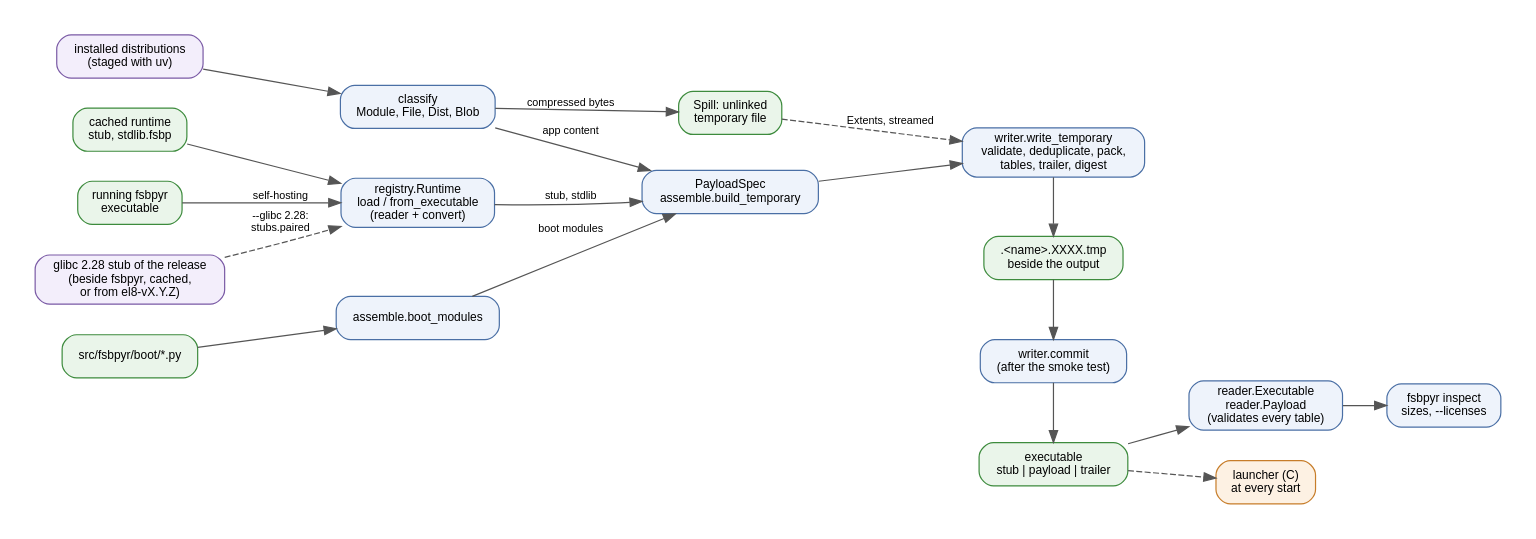
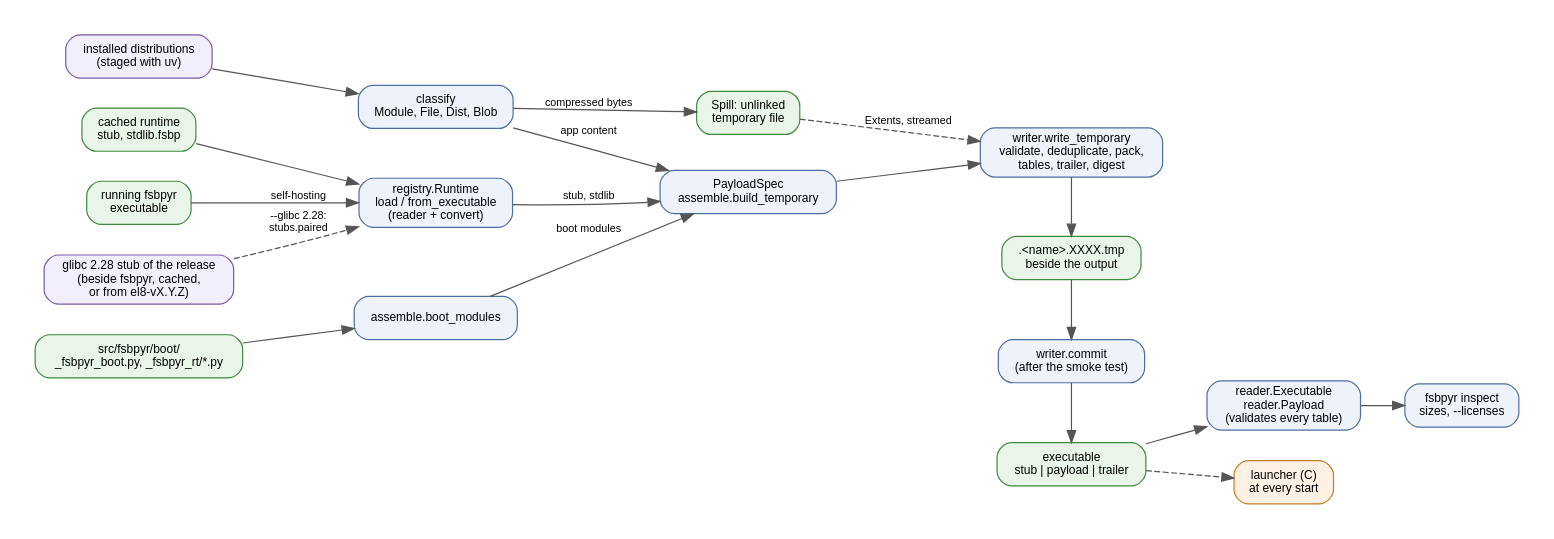
The diagram in wiki/diagrams/payload-flow.dot (devitops-com/fsbpyr), drawn with Graphviz before and after one commit. The commit also changed 40 other files, not shown here.

```diff
--- a/wiki/diagrams/payload-flow.dot
+++ b/wiki/diagrams/payload-flow.dot
@@ -1,47 +1,49 @@
+// A payload's way at fsbpyr v0.30.0: from the build's inputs through payload/spec.py,
+// spill.py and writer.py to the executable, read back by payload/reader.py and the launcher.
 digraph payload_flow {
   graph [fontname="Helvetica" fontsize=11 rankdir=LR bgcolor="white" pad=0.3 nodesep=0.35 ranksep=0.5];
   node [fontname="Helvetica" fontsize=10 shape=box style="rounded,filled" fillcolor="#eef3fb" color="#4a6fa5"];
   edge [fontname="Helvetica" fontsize=9 color="#555555"];
 
   // inputs
   wheels [label="installed distributions\n(staged with uv)" fillcolor="#f3eefb" color="#7a5aa5"];
   cached [label="cached runtime\nstub, stdlib.fsbp" fillcolor="#eaf5ea" color="#3d8b3d"];
   own [label="running fsbpyr\nexecutable" fillcolor="#eaf5ea" color="#3d8b3d"];
-  bootsrc [label="src/fsbpyr/boot/*.py" fillcolor="#eaf5ea" color="#3d8b3d"];
+  bootsrc [label="src/fsbpyr/boot/\n_fsbpyr_boot.py, _fsbpyr_rt/*.py" fillcolor="#eaf5ea" color="#3d8b3d"];
   el8stub [label="glibc 2.28 stub of the release\n(beside fsbpyr, cached,\nor from el8-vX.Y.Z)" fillcolor="#f3eefb" color="#7a5aa5"];
 
   // making the spec
   classify [label="classify\nModule, File, Dist, Blob"];
   spill [label="Spill: unlinked\ntemporary file" fillcolor="#eaf5ea" color="#3d8b3d"];
   runtime [label="registry.Runtime\nload / from_executable\n(reader + convert)"];
   boot [label="assemble.boot_modules"];
   spec [label="PayloadSpec\nassemble.build_temporary"];
 
   // writing
   writer [label="writer.write_temporary\nvalidate, deduplicate, pack,\ntables, trailer, digest"];
   tmp [label=".<name>.XXXX.tmp\nbeside the output" fillcolor="#eaf5ea" color="#3d8b3d"];
   commit [label="writer.commit\n(after the smoke test)"];
   exe [label="executable\nstub | payload | trailer" fillcolor="#eaf5ea" color="#3d8b3d"];
 
   // reading
   reader [label="reader.Executable\nreader.Payload\n(validates every table)"];
   inspect [label="fsbpyr inspect\nsizes, --licenses"];
   launcher [label="launcher (C)\nat every start" fillcolor="#fdf1e3" color="#c77d2a"];
 
   { rank=same; writer; tmp; commit; exe; }
 
   wheels -> classify;
   classify -> spill [label="compressed bytes"];
   spill -> writer [label="Extents, streamed" style=dashed];
   classify -> spec [label="app content"];
   cached -> runtime;
   own -> runtime [label="self-hosting"];
   el8stub -> runtime [label="--glibc 2.28:\nstubs.paired" style=dashed];
   runtime -> spec [label="stub, stdlib"];
   bootsrc -> boot;
   boot -> spec [label="boot modules"];
   spec -> writer;
   writer -> tmp -> commit -> exe;
   exe -> reader -> inspect;
   exe -> launcher [style=dashed];
 }
```
